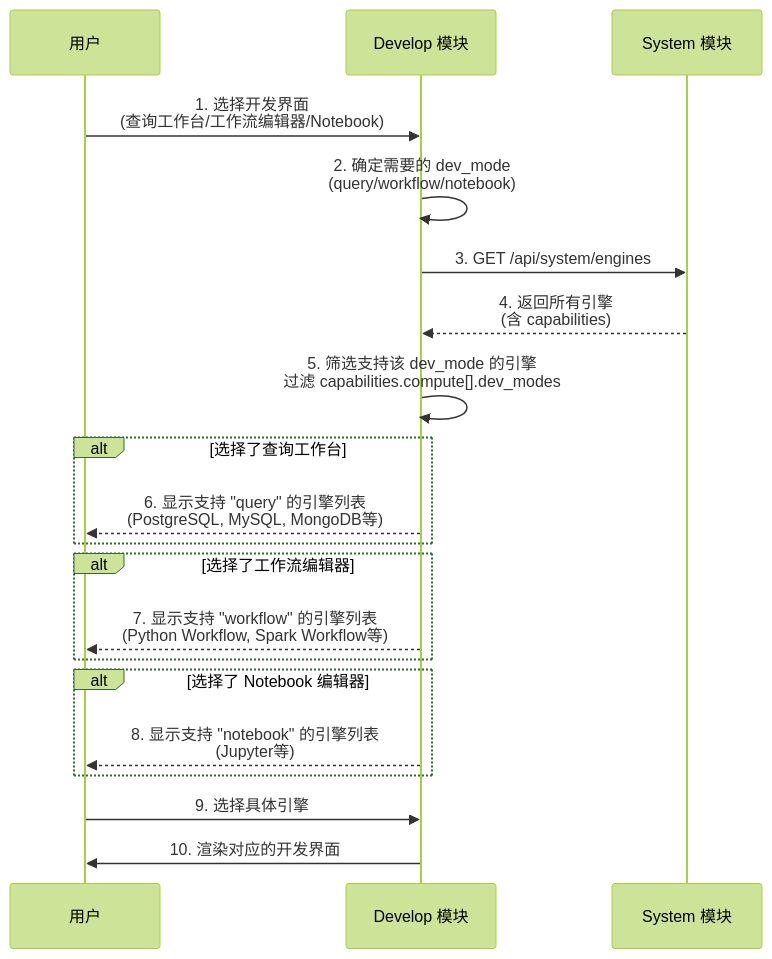
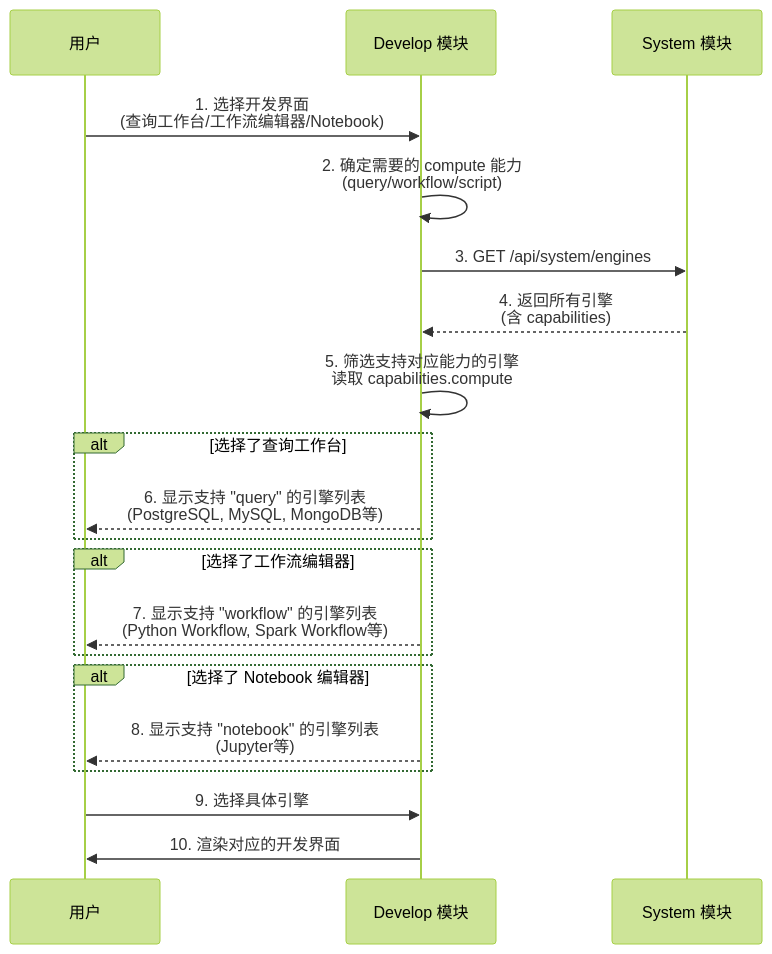
One commit to pampa0629/addp changed the fifth of 5 diagrams in docs/concepts/addp数据开发体系图.md. Above: the diagram before and after it, drawn with Mermaid (forest theme). The commit also changed other lines of this file and 45 other files, not shown here.

````diff
--- a/docs/concepts/addp数据开发体系图.md
+++ b/docs/concepts/addp数据开发体系图.md
@@ -271,27 +271,27 @@
 ```mermaid
 sequenceDiagram
     participant User as 用户
     participant Develop as Develop 模块
     participant System as System 模块
 
     User->>Develop: 1. 选择开发界面<br/>(查询工作台/工作流编辑器/Notebook)
-    Develop->>Develop: 2. 确定需要的 dev_mode<br/>(query/workflow/notebook)
+    Develop->>Develop: 2. 确定需要的 compute 能力<br/>(query/workflow/script)
     Develop->>System: 3. GET /api/system/engines
     System-->>Develop: 4. 返回所有引擎<br/>(含 capabilities)
-    Develop->>Develop: 5. 筛选支持该 dev_mode 的引擎<br/>过滤 capabilities.compute[].dev_modes
+    Develop->>Develop: 5. 筛选支持对应能力的引擎<br/>读取 capabilities.compute
 
     alt 选择了查询工作台
         Develop-->>User: 6. 显示支持 "query" 的引擎列表<br/>(PostgreSQL, MySQL, MongoDB等)
     end
 
     alt 选择了工作流编辑器
         Develop-->>User: 7. 显示支持 "workflow" 的引擎列表<br/>(Python Workflow, Spark Workflow等)
     end
 
     alt 选择了 Notebook 编辑器
         Develop-->>User: 8. 显示支持 "notebook" 的引擎列表<br/>(Jupyter等)
     end
 
     User->>Develop: 9. 选择具体引擎
     Develop->>User: 10. 渲染对应的开发界面
 ```
````
